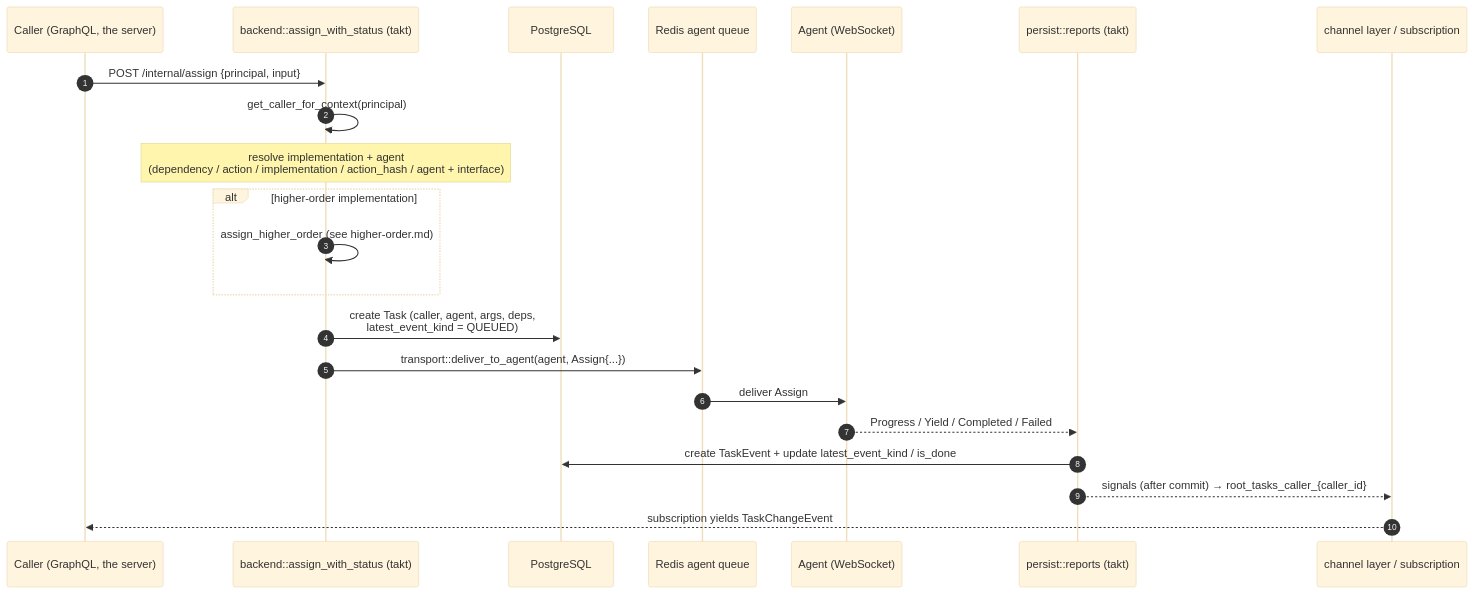
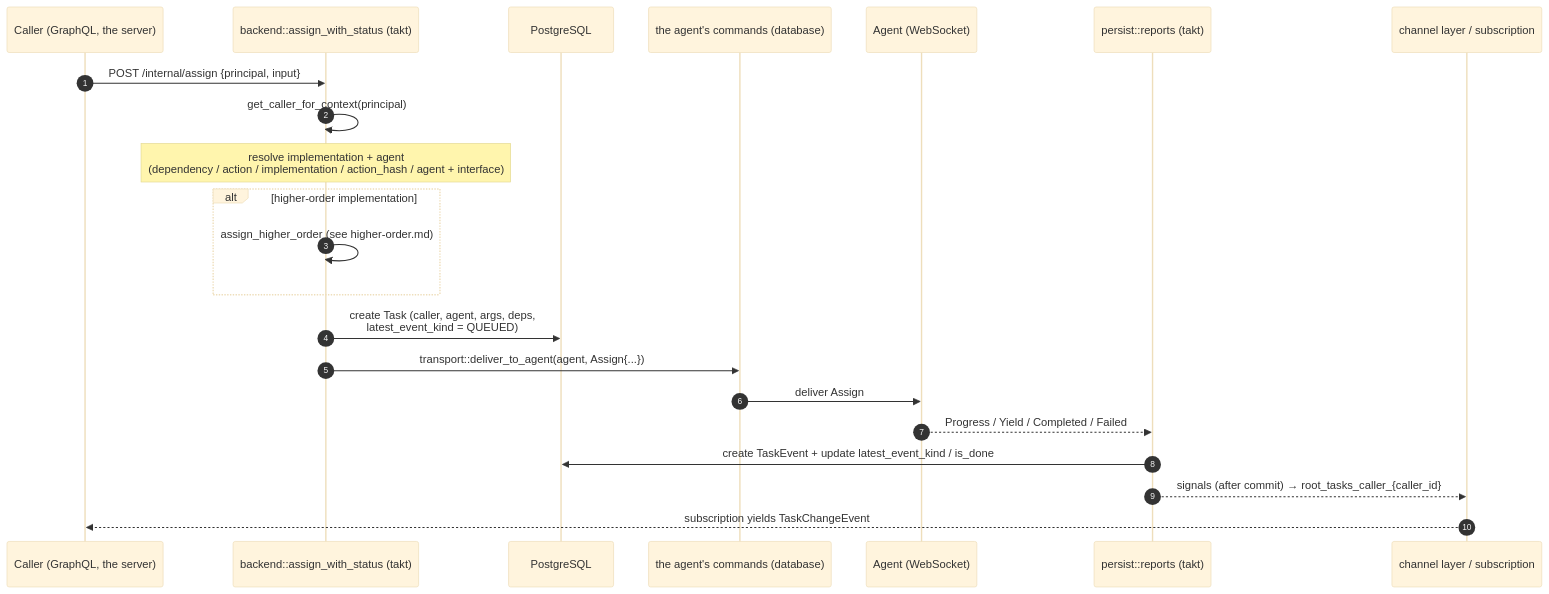
One commit to arkitektio/rekuest-server changed the first of 2 diagrams in takt/docs/task-lifecycle.md. Above: the diagram before and after it, drawn with Mermaid (base theme). The commit also changed other lines of this file and 42 other files, not shown here.

````diff
--- a/takt/docs/task-lifecycle.md
+++ b/takt/docs/task-lifecycle.md
@@ -18,25 +18,25 @@
 ```mermaid
 sequenceDiagram
     autonumber
     participant C as Caller (GraphQL, the server)
     participant BE as backend::assign_with_status (takt)
     participant DB as PostgreSQL
-    participant Q as Redis agent queue
+    participant Q as the agent's commands (database)
     participant AG as Agent (WebSocket)
     participant PB as persist::reports (takt)
     participant CH as channel layer / subscription
 
     C->>BE: POST /internal/assign {principal, input}
     BE->>BE: get_caller_for_context(principal)
     Note over BE: resolve implementation + agent<br/>(dependency / action / implementation / action_hash / agent + interface)
     alt higher-order implementation
         BE->>BE: assign_higher_order (see higher-order.md)
     end
     BE->>DB: create Task (caller, agent, args, deps,<br/>latest_event_kind = QUEUED)
     BE->>Q: transport::deliver_to_agent(agent, Assign{...})
     Q->>AG: deliver Assign
     AG-->>PB: Progress / Yield / Completed / Failed
     PB->>DB: create TaskEvent + update latest_event_kind / is_done
     PB-->>CH: signals (after commit) → root_tasks_caller_{caller_id}
     CH-->>C: subscription yields TaskChangeEvent
 ```
````
